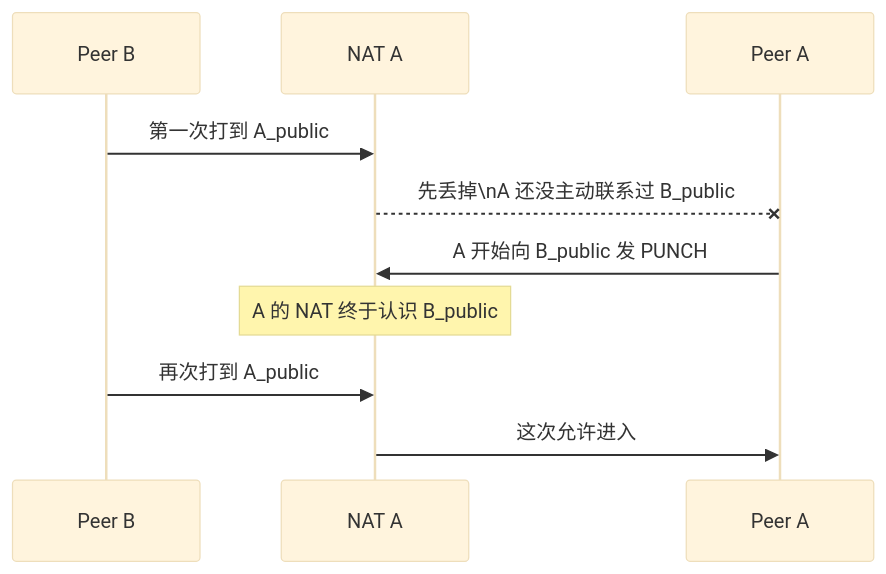
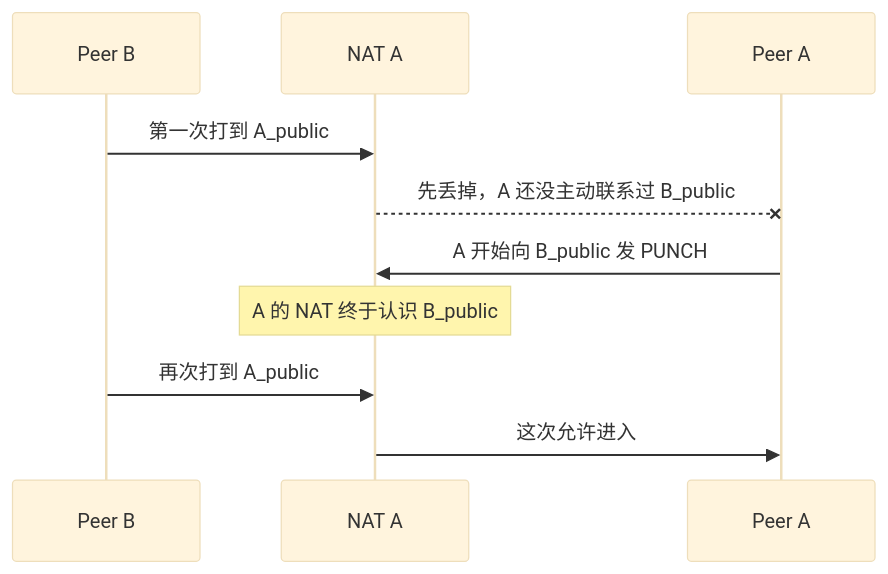
One commit to 495229520/obsidian_notes changed the diagram in 3.Linux/9. UDP 编程/9.4 UDP穿透.md. Above: the diagram before and after it, drawn with Mermaid (base theme). The commit also changed other lines of this file and 201 other files, not shown here.

````diff
--- a/3.Linux/9. UDP 编程/9.4 UDP穿透.md
+++ b/3.Linux/9. UDP 编程/9.4 UDP穿透.md
@@ -142,15 +138,15 @@
 ```mermaid
 sequenceDiagram
     participant B as Peer B
     participant NA as NAT A
     participant A as Peer A
 
     B->>NA: 第一次打到 A_public
-    NA--x A: 先丢掉\nA 还没主动联系过 B_public
+    NA--x A: 先丢掉，A 还没主动联系过 B_public
 
     A->>NA: A 开始向 B_public 发 PUNCH
     Note over NA: A 的 NAT 终于认识 B_public
 
     B->>NA: 再次打到 A_public
     NA->>A: 这次允许进入
 ```
````
